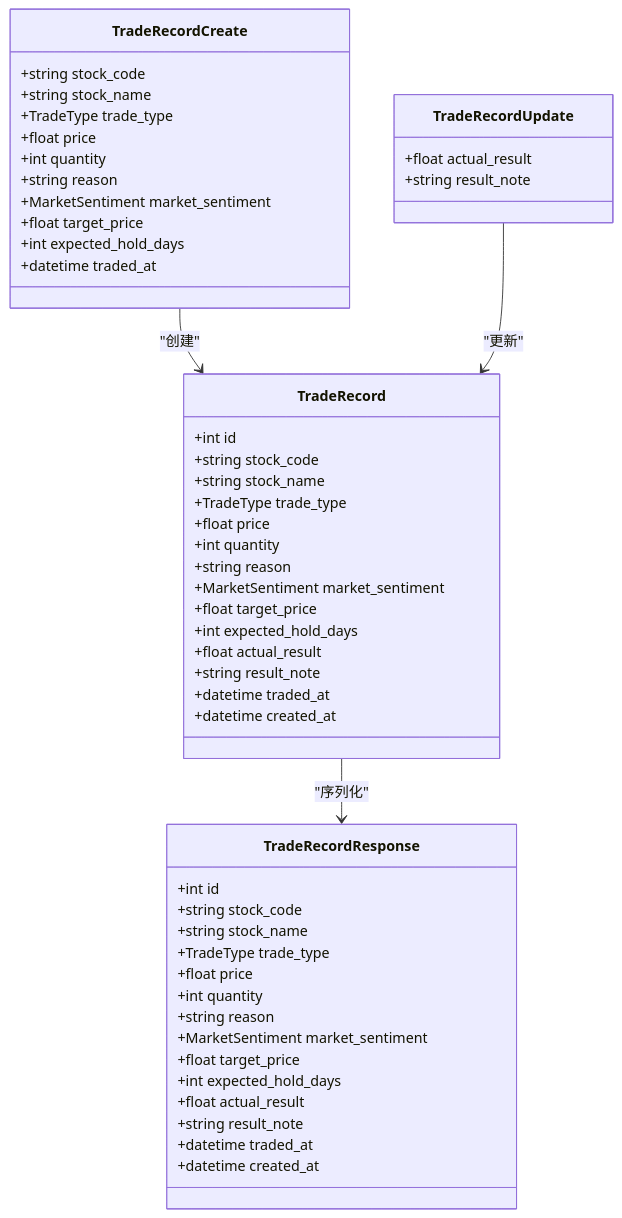
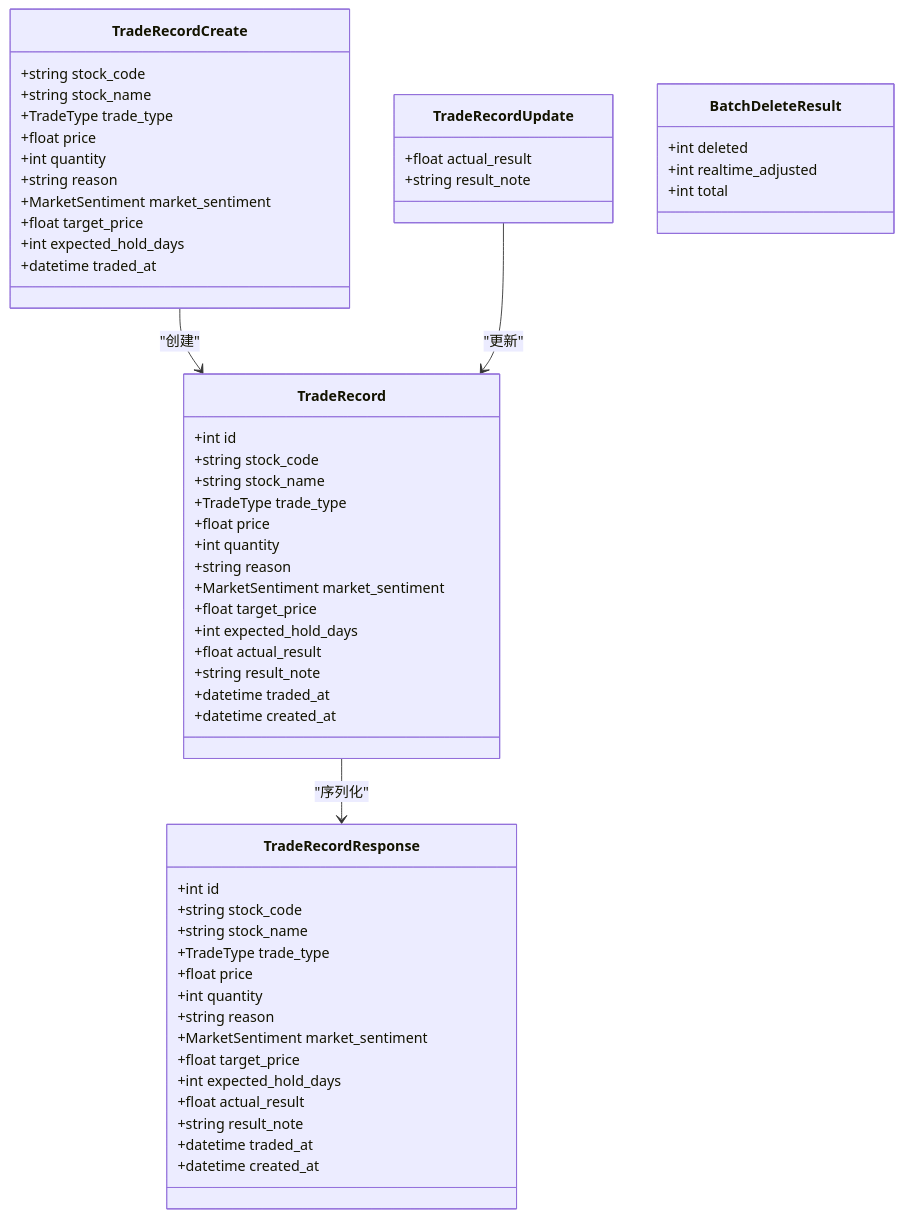
The third of 4 diagrams in .qoder/repowiki/zh/content/API接口参考/交易管理接口.md (Moruime/stock_foker), drawn with Mermaid before and after one commit. The commit also changed other lines of this file and 10 other files, not shown here.

````diff
--- a/.qoder/repowiki/zh/content/API接口参考/交易管理接口.md
+++ b/.qoder/repowiki/zh/content/API接口参考/交易管理接口.md
@@ -203,54 +232,59 @@
 ```mermaid
 classDiagram
 class TradeRecord {
 +int id
 +string stock_code
 +string stock_name
 +TradeType trade_type
 +float price
 +int quantity
 +string reason
 +MarketSentiment market_sentiment
 +float target_price
 +int expected_hold_days
 +float actual_result
 +string result_note
 +datetime traded_at
 +datetime created_at
 }
 class TradeRecordCreate {
 +string stock_code
 +string stock_name
 +TradeType trade_type
 +float price
 +int quantity
 +string reason
 +MarketSentiment market_sentiment
 +float target_price
 +int expected_hold_days
 +datetime traded_at
 }
 class TradeRecordUpdate {
 +float actual_result
 +string result_note
 }
 class TradeRecordResponse {
 +int id
 +string stock_code
 +string stock_name
 +TradeType trade_type
 +float price
 +int quantity
 +string reason
 +MarketSentiment market_sentiment
 +float target_price
 +int expected_hold_days
 +float actual_result
 +string result_note
 +datetime traded_at
 +datetime created_at
 }
+class BatchDeleteResult {
++int deleted
++int realtime_adjusted
++int total
+}
 TradeRecordCreate --> TradeRecord : "创建"
 TradeRecordUpdate --> TradeRecord : "更新"
 TradeRecord --> TradeRecordResponse : "序列化"
 ```
````
